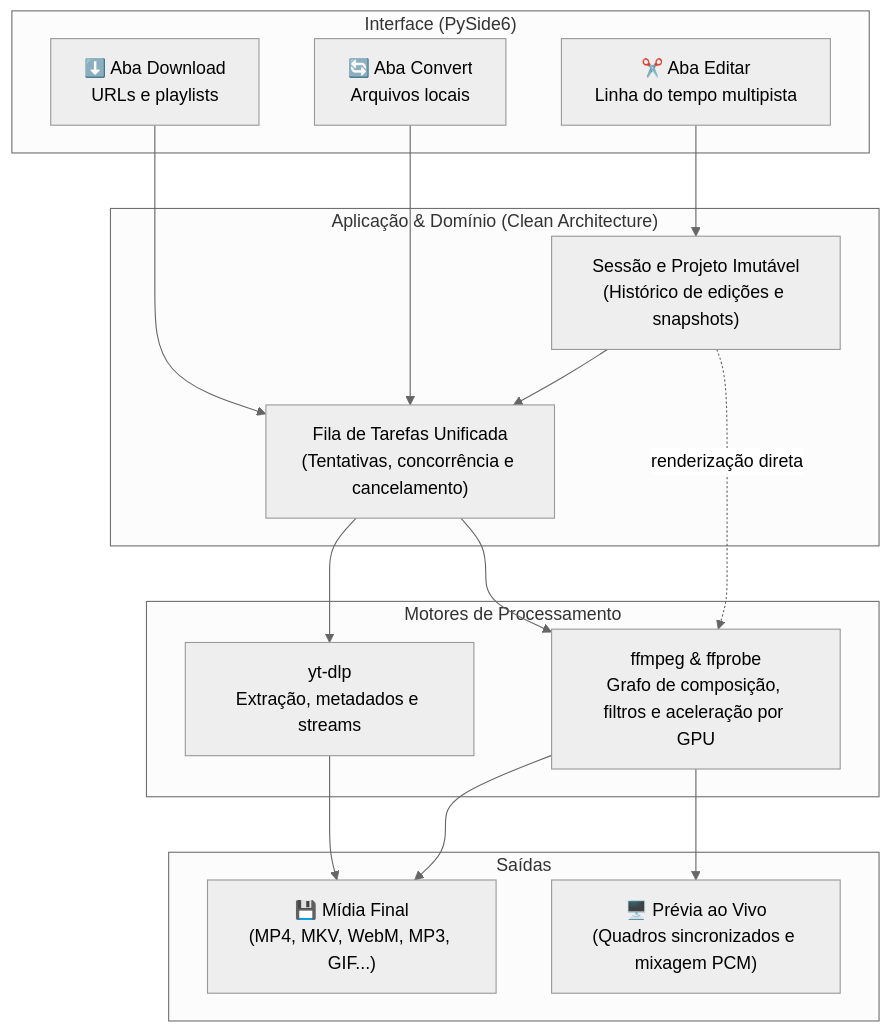
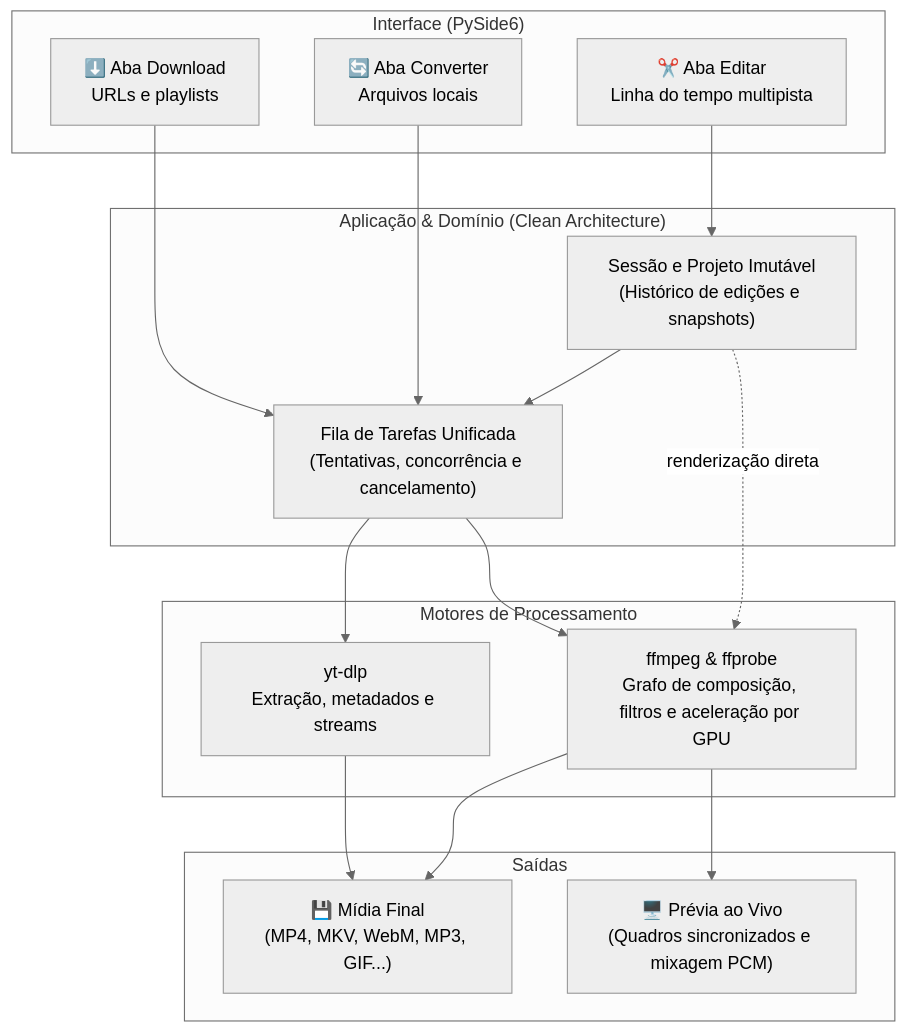
Before and after one commit to GianBala/VideoManager: the diagram in README.md, drawn with Mermaid (neutral theme). The commit also changed other lines of this file and 21 other files, not shown here.

First line of the commit message:
fix: aba de conversão se chama Converter em português

````diff
--- a/README.md
+++ b/README.md
@@ -151,36 +151,36 @@
 ```mermaid
 flowchart TD
     subgraph UI["Interface (PySide6)"]
         D["⬇️ Aba Download<br/>URLs e playlists"]
-        C["🔄 Aba Convert<br/>Arquivos locais"]
+        C["🔄 Aba Converter<br/>Arquivos locais"]
         E["✂️ Aba Editar<br/>Linha do tempo multipista"]
     end
 
     subgraph Core["Aplicação & Domínio (Clean Architecture)"]
         Queue["Fila de Tarefas Unificada<br/>(Tentativas, concorrência e cancelamento)"]
         Session["Sessão e Projeto Imutável<br/>(Histórico de edições e snapshots)"]
     end
 
     subgraph Engines["Motores de Processamento"]
         YTDLP["yt-dlp<br/>Extração, metadados e streams"]
         FFMPEG["ffmpeg & ffprobe<br/>Grafo de composição, filtros e aceleração por GPU"]
     end
 
     subgraph Outputs["Saídas"]
         Files["💾 Mídia Final<br/>(MP4, MKV, WebM, MP3, GIF...)"]
         Preview["🖥️ Prévia ao Vivo<br/>(Quadros sincronizados e mixagem PCM)"]
     end
 
     D --> Queue
     C --> Queue
     E --> Session
     Session --> Queue
 
     Queue --> YTDLP
     Queue --> FFMPEG
     Session -.->|renderização direta| FFMPEG
 
     YTDLP --> Files
     FFMPEG --> Files
     FFMPEG --> Preview
 ```
````
